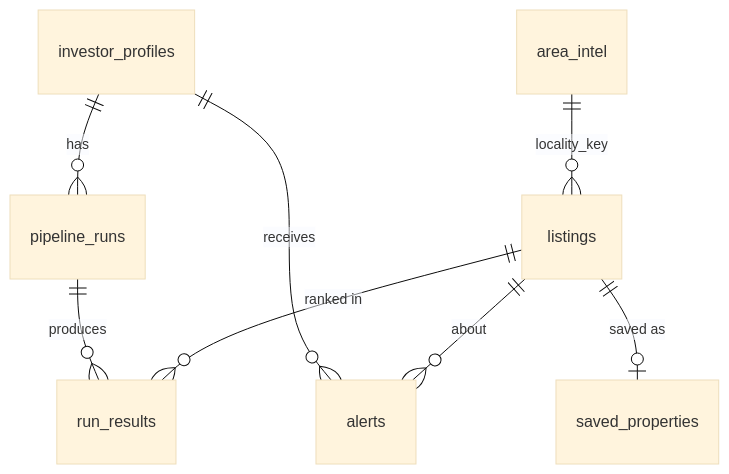
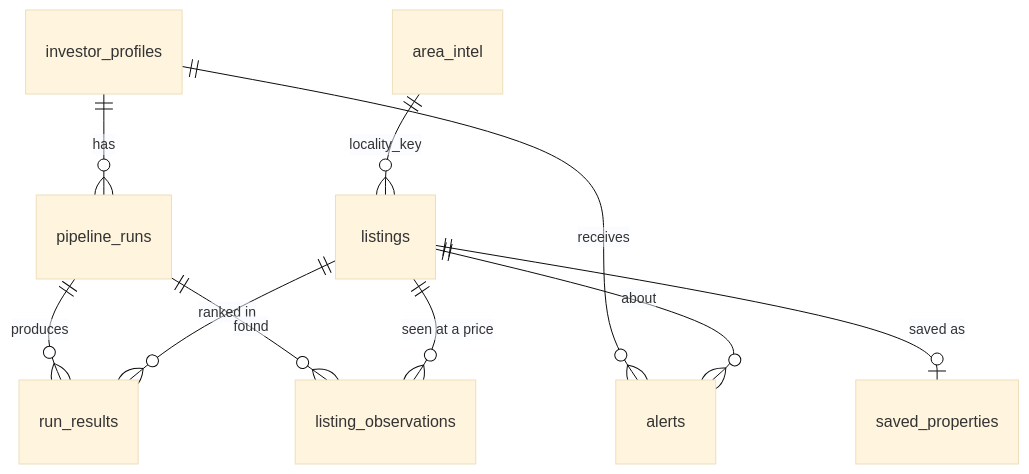
One commit to mrinesh/SerpAPI_Hack changed the diagram in docs/DATA_MODEL.md. Above: the diagram before and after it, drawn with Mermaid (base theme). The commit also changed other lines of this file and 11 other files, not shown here.

````diff
--- a/docs/DATA_MODEL.md
+++ b/docs/DATA_MODEL.md
@@ -77,10 +78,12 @@
 ```mermaid
 erDiagram
     investor_profiles ||--o{ pipeline_runs : "has"
     investor_profiles ||--o{ alerts : "receives"
     pipeline_runs ||--o{ run_results : "produces"
     listings ||--o{ run_results : "ranked in"
+    pipeline_runs ||--o{ listing_observations : "found"
+    listings ||--o{ listing_observations : "seen at a price"
     listings ||--o| saved_properties : "saved as"
     listings ||--o{ alerts : "about"
     area_intel ||--o{ listings : "locality_key"
 ```
````
